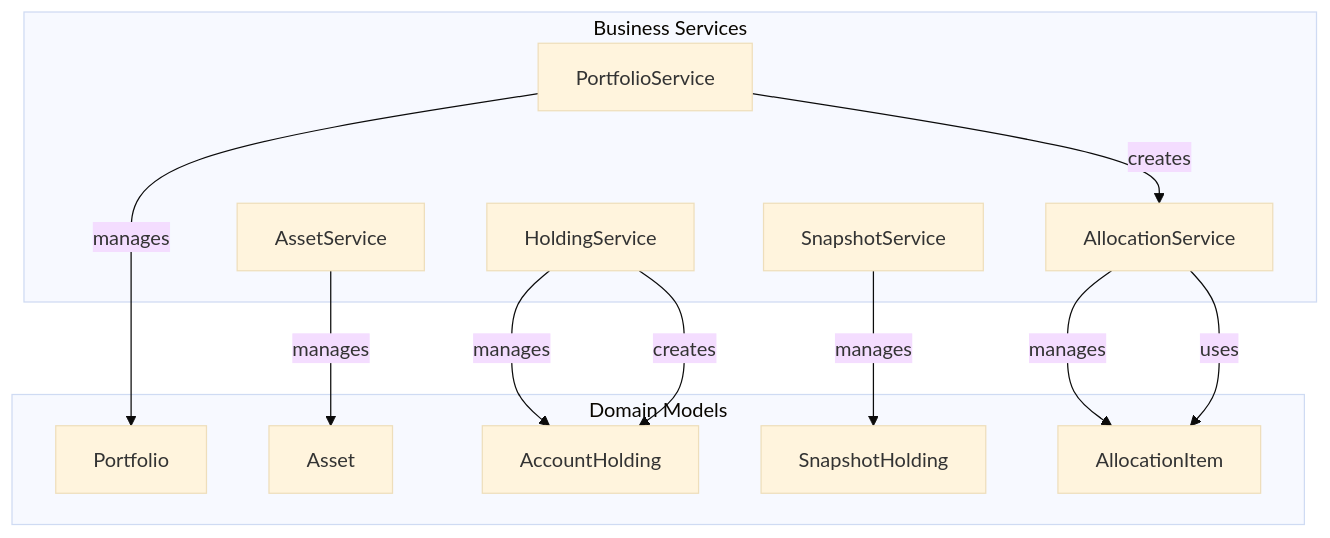
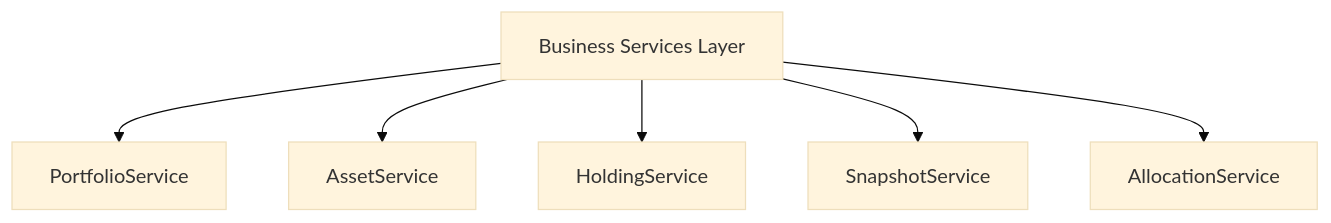
The ninth of 17 diagrams in docs/architecture/01-architecture-design.md (doitsu2014/crypto-pocket-butler), drawn with Mermaid (base theme) before and after one commit. The commit also changed other lines of this file, not shown here.

Commit message:
docs: Fix Mermaid syntax errors for GitHub compatibility

````diff
--- a/docs/architecture/01-architecture-design.md
+++ b/docs/architecture/01-architecture-design.md
@@ -351,28 +250,14 @@
 ```mermaid
 graph TD
-    subgraph "Business Services"
-        PS[PortfolioService]
-        AS[AssetService]
-        HS[HoldingService]
-        SN[SnapshotService]
-        AL[AllocationService]
-    end
-    
-    subgraph "Domain Models"
-        PM[Portfolio]
-        AM[Asset]
-        HM[AccountHolding]
-        SM[SnapshotHolding]
-        AIM[AllocationItem]
-    end
-    
-    PS -->|manages| PM
-    AS -->|manages| AM
-    HS -->|manages| HM
-    SN -->|manages| SM
-    AL -->|manages| AIM
-    
-    PS -->|creates| AL
-    HS -->|creates| HM
-    AL -->|uses| AIM
+    BusinessServices[Business Services Layer]
+    PortfolioService[PortfolioService]
+    AssetService[AssetService]
+    HoldingService[HoldingService]
+    SnapshotService[SnapshotService]
+    AllocationService[AllocationService]
+    BusinessServices --> PortfolioService
+    BusinessServices --> AssetService
+    BusinessServices --> HoldingService
+    BusinessServices --> SnapshotService
+    BusinessServices --> AllocationService
 ```
````
